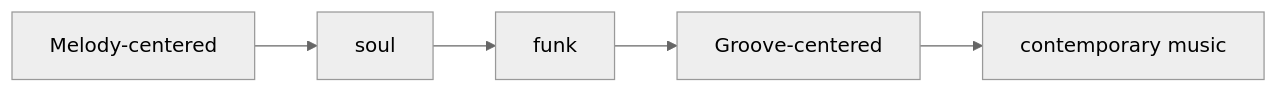
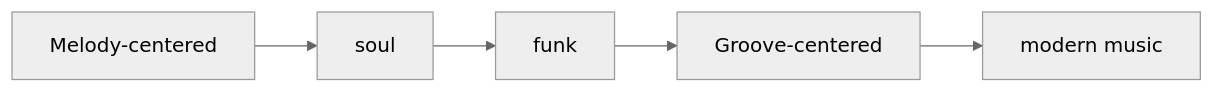
The first of 7 diagrams in en/_posts/2026-07-03-column-influential-album-06.md (monumental-movement/monumental-movement.github.io), drawn with Mermaid (neutral theme) before and after one commit. The commit also changed other lines of this file and 1012 other files, not shown here.

```diff
--- a/en/_posts/2026-07-03-column-influential-album-06.md
+++ b/en/_posts/2026-07-03-column-influential-album-06.md
@@ -55,11 +55,11 @@
 <div class="mermaid">
 flowchart LR
 A[Melody-centered]
 B[soul]
 C[funk]
 D[Groove-centered]
-E[contemporary music]
+E[modern music]
 
 A --> B --> C --> D --> E
 
 </div>
```
